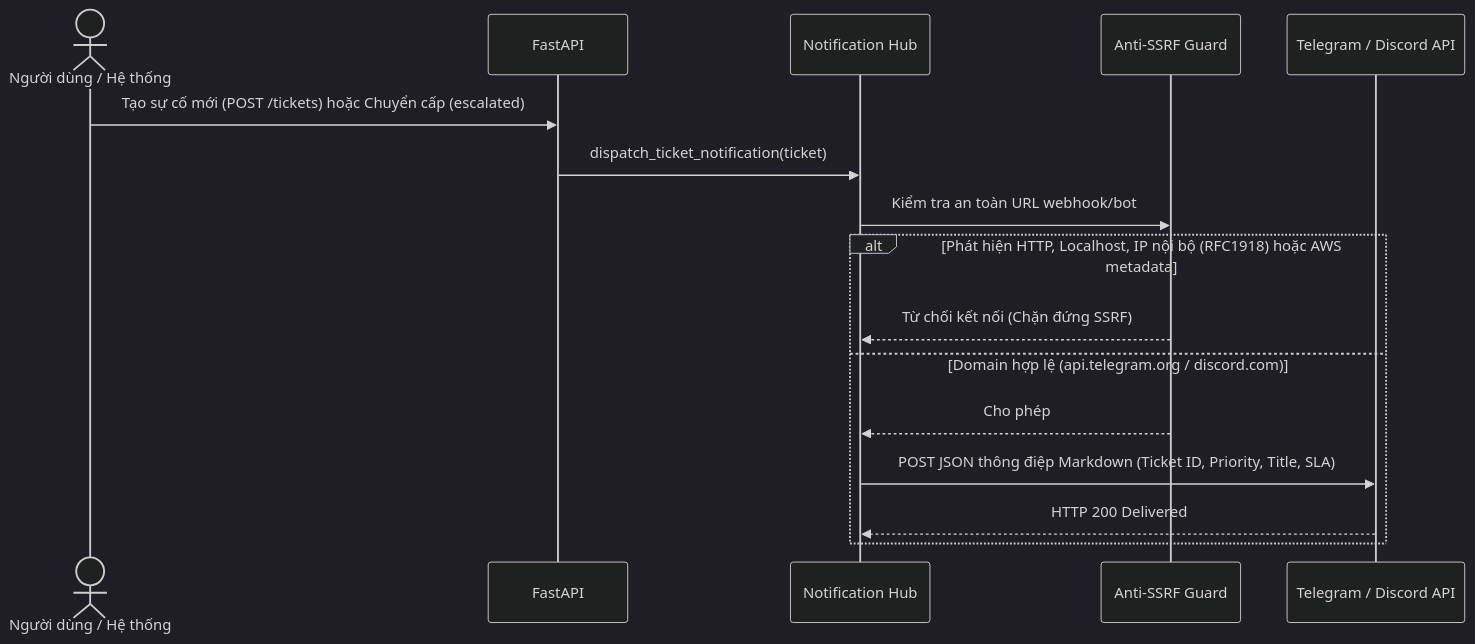
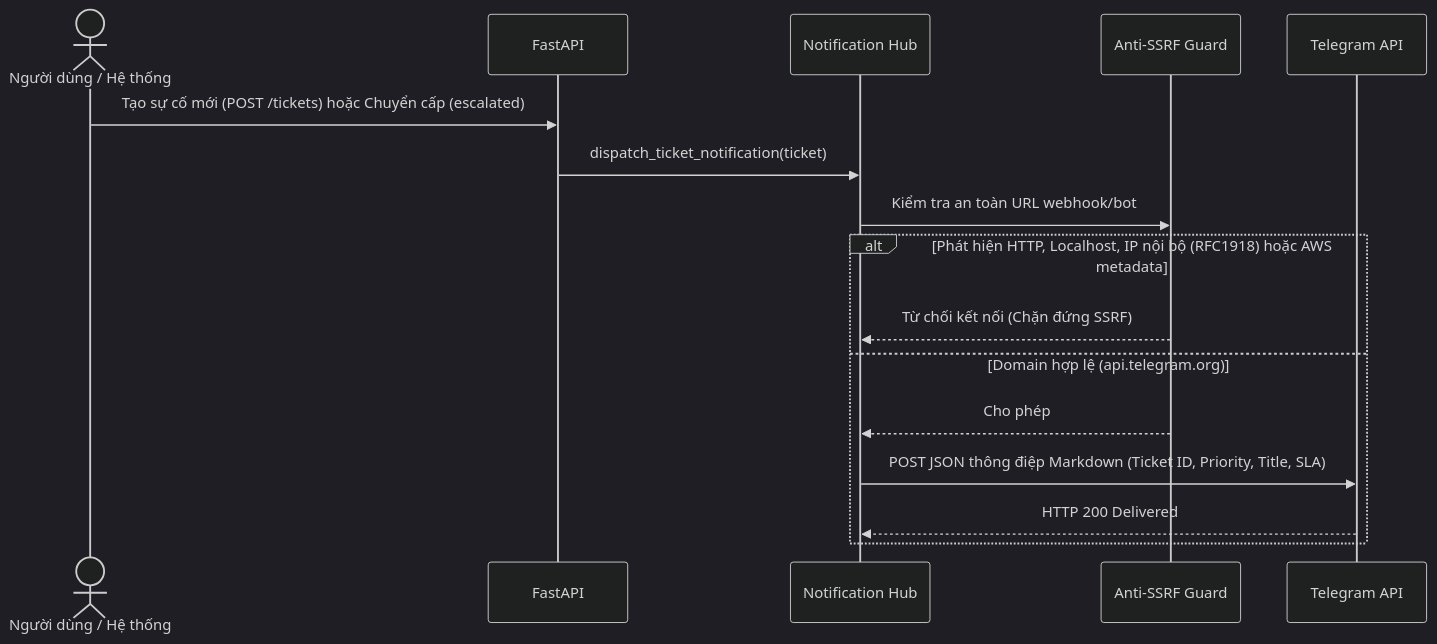
The eighth of 10 diagrams in docs/SDD.md (thinhsp-203/OpsMind-Helpdesk), drawn with Mermaid (dark theme) before and after one commit. The commit also changed other lines of this file and 58 other files, not shown here.

````diff
--- a/docs/SDD.md
+++ b/docs/SDD.md
@@ -206,19 +206,19 @@
 ```mermaid
 sequenceDiagram
   actor U as Người dùng / Hệ thống
   participant API as FastAPI
   participant Hub as Notification Hub
   participant Guard as Anti-SSRF Guard
-  participant Ext as Telegram / Discord API
+  participant Ext as Telegram API
 
   U->>API: Tạo sự cố mới (POST /tickets) hoặc Chuyển cấp (escalated)
   API->>Hub: dispatch_ticket_notification(ticket)
   Hub->>Guard: Kiểm tra an toàn URL webhook/bot
   alt Phát hiện HTTP, Localhost, IP nội bộ (RFC1918) hoặc AWS metadata
     Guard-->>Hub: Từ chối kết nối (Chặn đứng SSRF)
-  else Domain hợp lệ (api.telegram.org / discord.com)
+  else Domain hợp lệ (api.telegram.org)
     Guard-->>Hub: Cho phép
     Hub->>Ext: POST JSON thông điệp Markdown (Ticket ID, Priority, Title, SLA)
     Ext-->>Hub: HTTP 200 Delivered
   end
 ```
````
